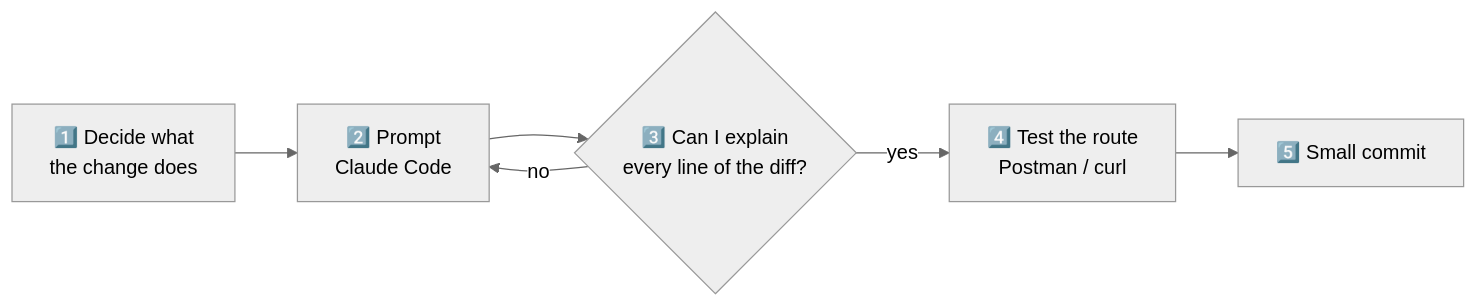
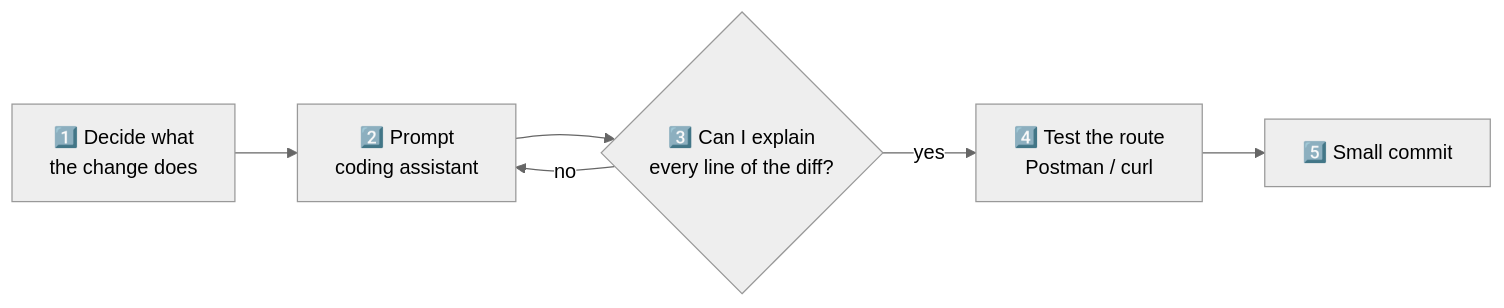
Diagram 12 of 13 in README.md (gulnihalarikaymak/alumni), drawn with Mermaid (neutral theme) before and after one commit. The commit also changed other lines of this file and 41 other files, not shown here.

````diff
--- a/README.md
+++ b/README.md
@@ -551,6 +575,6 @@
 ```mermaid
 flowchart LR
-    A["1️⃣ Decide what<br/>the change does"] --> B["2️⃣ Prompt<br/>Claude Code"] --> C{"3️⃣ Can I explain<br/>every line of the diff?"}
+    A["1️⃣ Decide what<br/>the change does"] --> B["2️⃣ Prompt<br/>coding assistant"] --> C{"3️⃣ Can I explain<br/>every line of the diff?"}
     C -- "no" --> B
     C -- "yes" --> D["4️⃣ Test the route<br/>Postman / curl"] --> E["5️⃣ Small commit"]
 ```
````
